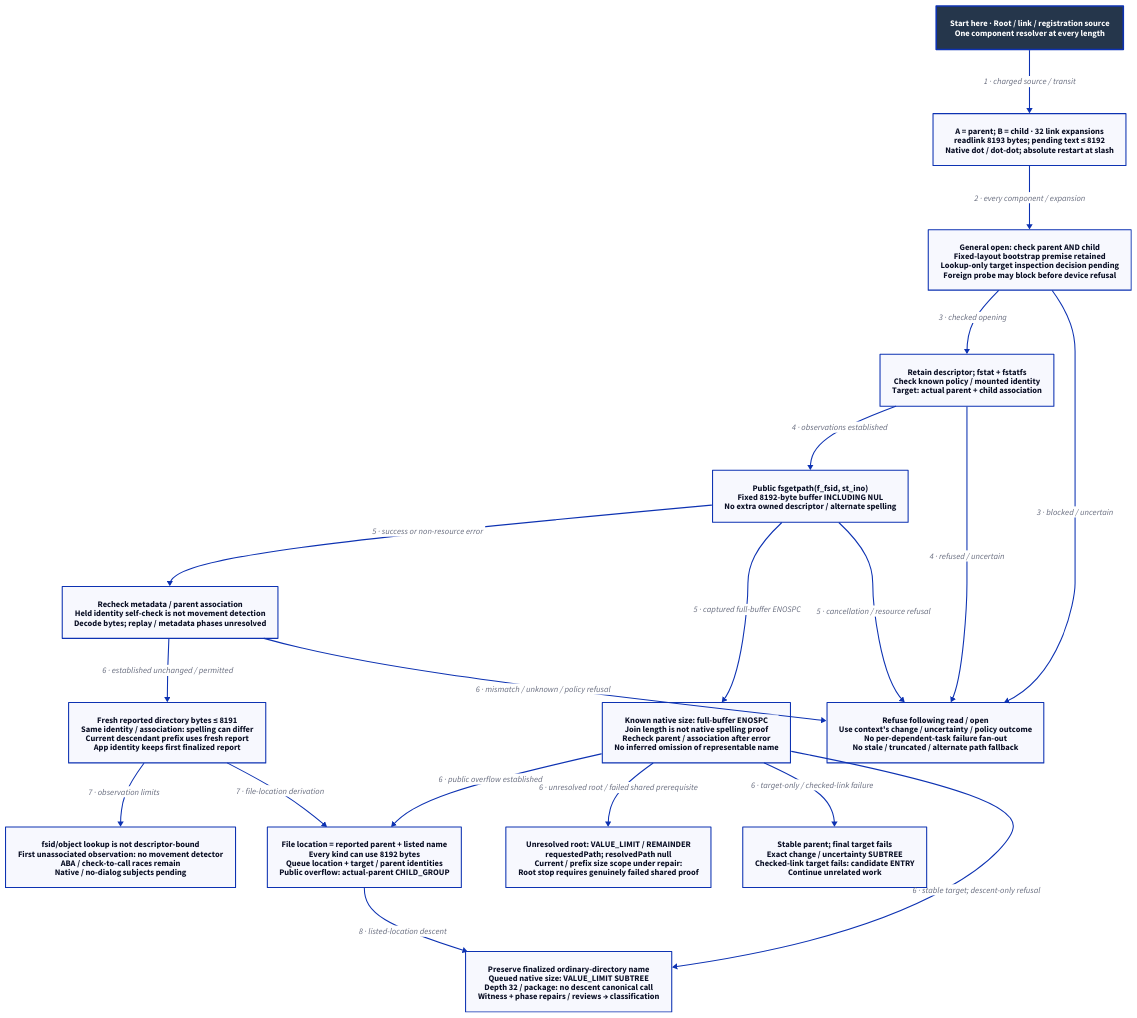
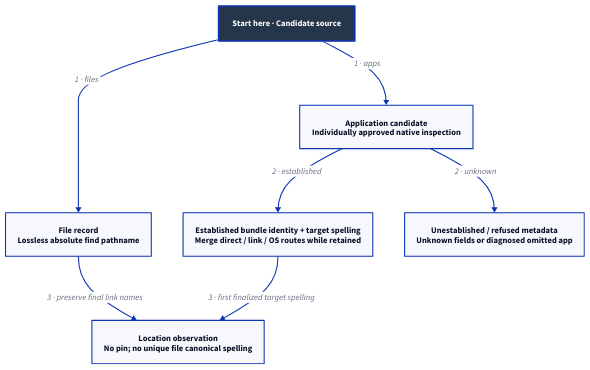
Before and after one commit to Linkuistics/Koine: the diagram in docs/design/architecture/search-canonical.d2, drawn with D2. The commit also changed 142 other files, not shown here.

Commit message:
Design tool-backed application and file search (search-tooling-k195)

```diff
--- a/docs/design/architecture/search-canonical.d2
+++ b/docs/design/architecture/search-canonical.d2
@@ -1,37 +1,17 @@
-# Resolution constraints; target inspection decision and replay/size phases pending.
+# Selected mechanism, subject to human choices/review/native acceptance.
 direction: down
 classes: {
   start: {style: {fill: "#25364B"; font-color: "#FFFFFF"; bold: true; stroke-width: 3}}
 }
-Start: "Start here · Root / link / registration source\nOne component resolver at every length" {class: start}
-Resolve: "A = parent; B = child · 32 link expansions\nreadlink 8193 bytes; pending text ≤ 8192\nNative dot / dot-dot; absolute restart at slash"
-Policy: "General open: check parent AND child\nFixed-layout bootstrap premise retained\nLookup-only target inspection decision pending\nForeign probe may block before device refusal"
-Before: "Retain descriptor; fstat + fstatfs\nCheck known policy / mounted identity\nTarget: actual parent + child association"
-Call: "Public fsgetpath(f_fsid, st_ino)\nFixed 8192-byte buffer INCLUDING NUL\nNo extra owned descriptor / alternate spelling"
-After: "Recheck metadata / parent association\nHeld identity self-check is not movement detection\nDecode bytes; replay / metadata phases unresolved"
-Path: "Fresh reported directory bytes ≤ 8191\nSame identity / association: spelling can differ\nCurrent descendant prefix uses fresh report\nApp identity keeps first finalized report"
-Size: "Known native size: full-buffer ENOSPC\nJoin length is not native spelling proof\nRecheck parent / association after error\nNo inferred omission of representable name"
-Parent: "File location = reported parent + listed name\nEvery kind can use 8192 bytes\nQueue location + target / parent identities\nPublic overflow: actual-parent CHILD_GROUP"
-Root: "Unresolved root: VALUE_LIMIT / REMAINDER\nrequestedPath; resolvedPath null\nCurrent / prefix size scope under repair:\nRoot stop requires genuinely failed shared proof"
-Failure: "Refuse following read / open\nUse context's change / uncertainty / policy outcome\nNo per-dependent-task failure fan-out\nNo stale / truncated / alternate path fallback"
-Exact: "Stable parent; final target fails\nExact change / uncertainty SUBTREE\nChecked-link target fails: candidate ENTRY\nContinue unrelated work"
-Design: "Preserve finalized ordinary-directory name\nQueued native size: VALUE_LIMIT SUBTREE\nDepth 32 / package: no descent canonical call\nWitness + phase repairs / reviews → classification"
-Limit: "fsid/object lookup is not descriptor-bound\nFirst unassociated observation: no movement detector\nABA / check-to-call races remain\nNative / no-dialog subjects pending"
-Start -> Resolve: "1 · charged source / transit"
-Resolve -> Policy: "2 · every component / expansion"
-Policy -> Before: "3 · checked opening"
-Policy -> Failure: "3 · blocked / uncertain"
-Before -> Call: "4 · observations established"
-Before -> Failure: "4 · refused / uncertain"
-Call -> After: "5 · success or non-resource error"
-Call -> Size: "5 · captured full-buffer ENOSPC"
-Call -> Failure: "5 · cancellation / resource refusal"
-After -> Path: "6 · established unchanged / permitted"
-After -> Failure: "6 · mismatch / unknown / policy refusal"
-Size -> Parent: "6 · public overflow established"
-Size -> Root: "6 · unresolved root / failed shared prerequisite"
-Size -> Exact: "6 · target-only / checked-link failure"
-Size -> Design: "6 · stable target; descent-only refusal"
-Path -> Limit: "7 · observation limits"
-Path -> Parent: "7 · file-location derivation"
-Parent -> Design: "8 · listed-location descent"
+Start: "Start here · Candidate source" {class: start}
+File: "File record\nLossless absolute find pathname"
+App: "Application candidate\nIndividually approved native inspection"
+Identity: "Established bundle identity + target spelling\nMerge direct / link / OS routes while retained"
+Unknown: "Unestablished / refused metadata\nUnknown fields or diagnosed omitted app"
+Location: "Location observation\nNo pin; no unique file canonical spelling"
+Start -> File: "1 · files"
+Start -> App: "1 · apps"
+App -> Identity: "2 · established"
+App -> Unknown: "2 · unknown"
+File -> Location: "3 · preserve final link names"
+Identity -> Location: "3 · first finalized target spelling"
```
